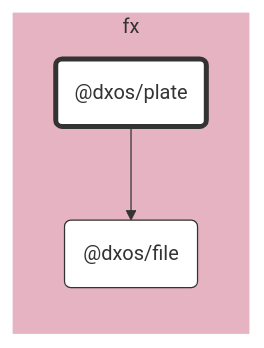
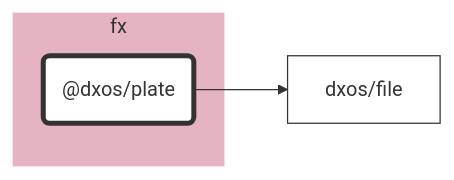
The diagram in packages/fx/plate/docs/README.md (dxos/dxos), drawn with Mermaid before and after one commit. The commit also changed 84 other files, not shown here.

````diff
--- a/packages/fx/plate/docs/README.md
+++ b/packages/fx/plate/docs/README.md
@@ -7,29 +7,21 @@
 ```mermaid
 %%{ init: {'flowchart':{'curve':'basis'}} }%%
 
 flowchart LR
 
-%% Links
-dxos/plate --> dxos/file;
+%% Classes
+classDef default fill:#fff,stroke:#333,stroke-width:1px
+classDef root fill:#fff,stroke:#333,stroke-width:4px
 
-%% Sections
-subgraph fx
-  style fx fill:#e6b3c3,stroke:#fff;
+%% Nodes
 
-  dxos/file("@dxos/file")
-  dxos/plate("@dxos/plate")
+subgraph fx [fx]
+  style fx fill:#e6b3c3,stroke:#fff
+  dxos/plate("@dxos/plate"):::root
+  click dxos/plate "dxos/dxos/tree/main/packages/fx/plate/docs"
 end
 
-
-%% Hyperlinks
-click dxos/file "dxos/dxos/tree/main/packages/fx/file/docs";
-
-%% Styles
-classDef rootNode fill:#fff,stroke:#333,stroke-width:4px
-classDef defaultNode fill:#fff,stroke:#333,stroke-width:1px
+%% Links
 linkStyle default stroke:#333,stroke-width:1px
-
-dxos/plate:::rootNode
-
-dxos/file:::defaultNode
+dxos/plate --> dxos/file
 ```
````
